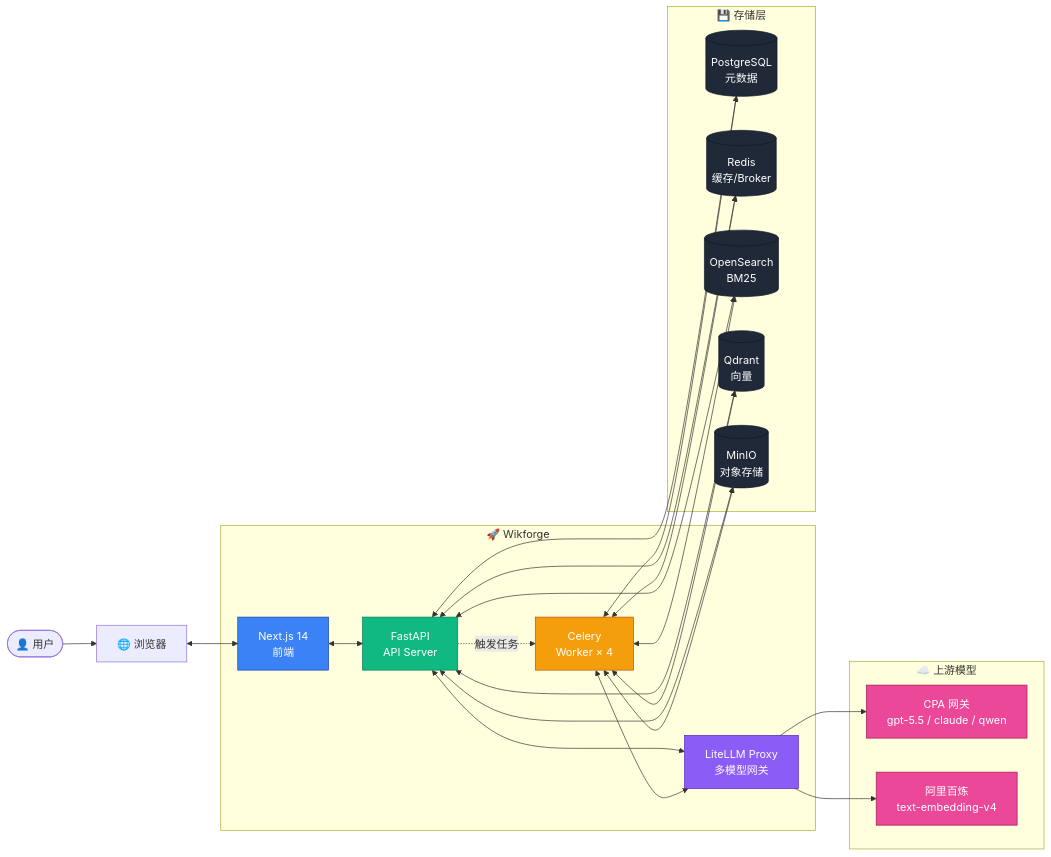
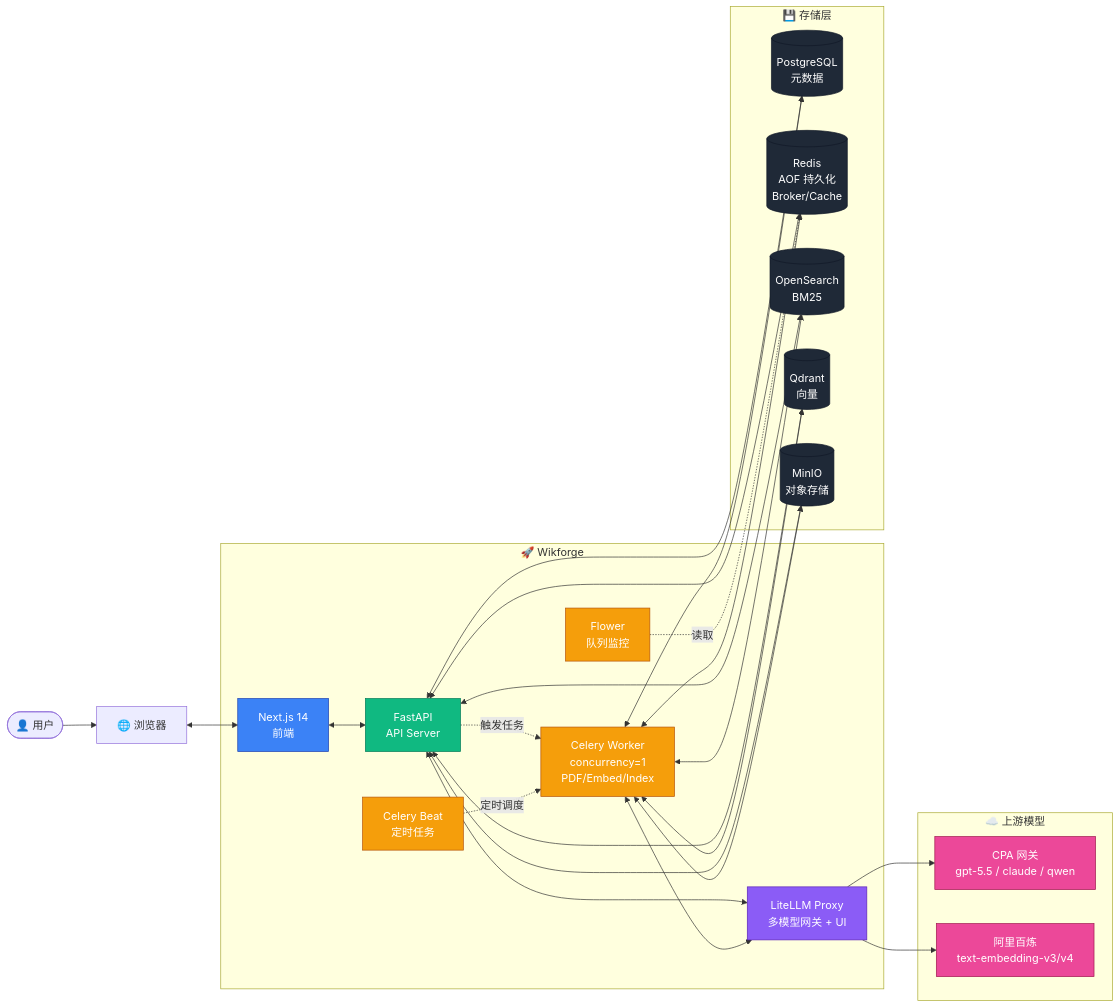
The first of 3 diagrams in README.md (nextjuly/wikforge), drawn with Mermaid before and after one commit. The commit also changed other lines of this file, not shown here.

First line of the commit message:
docs(readme): sync to current state (11 services, 19 make targets, 2054 tests, updated roadmap)

````diff
--- a/README.md
+++ b/README.md
@@ -147,47 +152,51 @@
 ```mermaid
 flowchart LR
     User([👤 用户])
     Browser[🌐 浏览器]
 
     subgraph Wikforge["🚀 Wikforge"]
         FE[Next.js 14<br/>前端]
         API[FastAPI<br/>API Server]
-        Worker[Celery<br/>Worker × 4]
-        LiteLLM[LiteLLM Proxy<br/>多模型网关]
+        Worker[Celery Worker<br/>concurrency=1<br/>PDF/Embed/Index]
+        Beat[Celery Beat<br/>定时任务]
+        Flower[Flower<br/>队列监控]
+        LiteLLM[LiteLLM Proxy<br/>多模型网关 + UI]
     end
 
     subgraph Storage["💾 存储层"]
         PG[(PostgreSQL<br/>元数据)]
-        Redis[(Redis<br/>缓存/Broker)]
+        Redis[(Redis<br/>AOF 持久化<br/>Broker/Cache)]
         OS[(OpenSearch<br/>BM25)]
         QD[(Qdrant<br/>向量)]
         MinIO[(MinIO<br/>对象存储)]
     end
 
     subgraph Upstream["☁️ 上游模型"]
         CPA[CPA 网关<br/>gpt-5.5 / claude / qwen]
-        DS[阿里百炼<br/>text-embedding-v4]
+        DS[阿里百炼<br/>text-embedding-v3/v4]
     end
 
     User --> Browser
     Browser <--> FE
     FE <--> API
     API <--> PG & Redis & OS & QD & MinIO & LiteLLM
     API -.触发任务.-> Worker
+    Beat -.定时调度.-> Worker
+    Flower -.读取.-> Redis
     Worker <--> PG & Redis & OS & QD & MinIO & LiteLLM
     LiteLLM --> CPA & DS
 
     classDef fe fill:#3B82F6,stroke:#1E40AF,color:#fff
     classDef api fill:#10B981,stroke:#047857,color:#fff
     classDef worker fill:#F59E0B,stroke:#B45309,color:#fff
     classDef llm fill:#8B5CF6,stroke:#5B21B6,color:#fff
     classDef store fill:#1F2937,stroke:#111827,color:#fff
     classDef upstream fill:#EC4899,stroke:#9D174D,color:#fff
 
     class FE fe
     class API api
-    class Worker worker
+    class Worker,Beat,Flower worker
     class LiteLLM llm
     class PG,Redis,OS,QD,MinIO store
     class CPA,DS upstream
 ```
````
